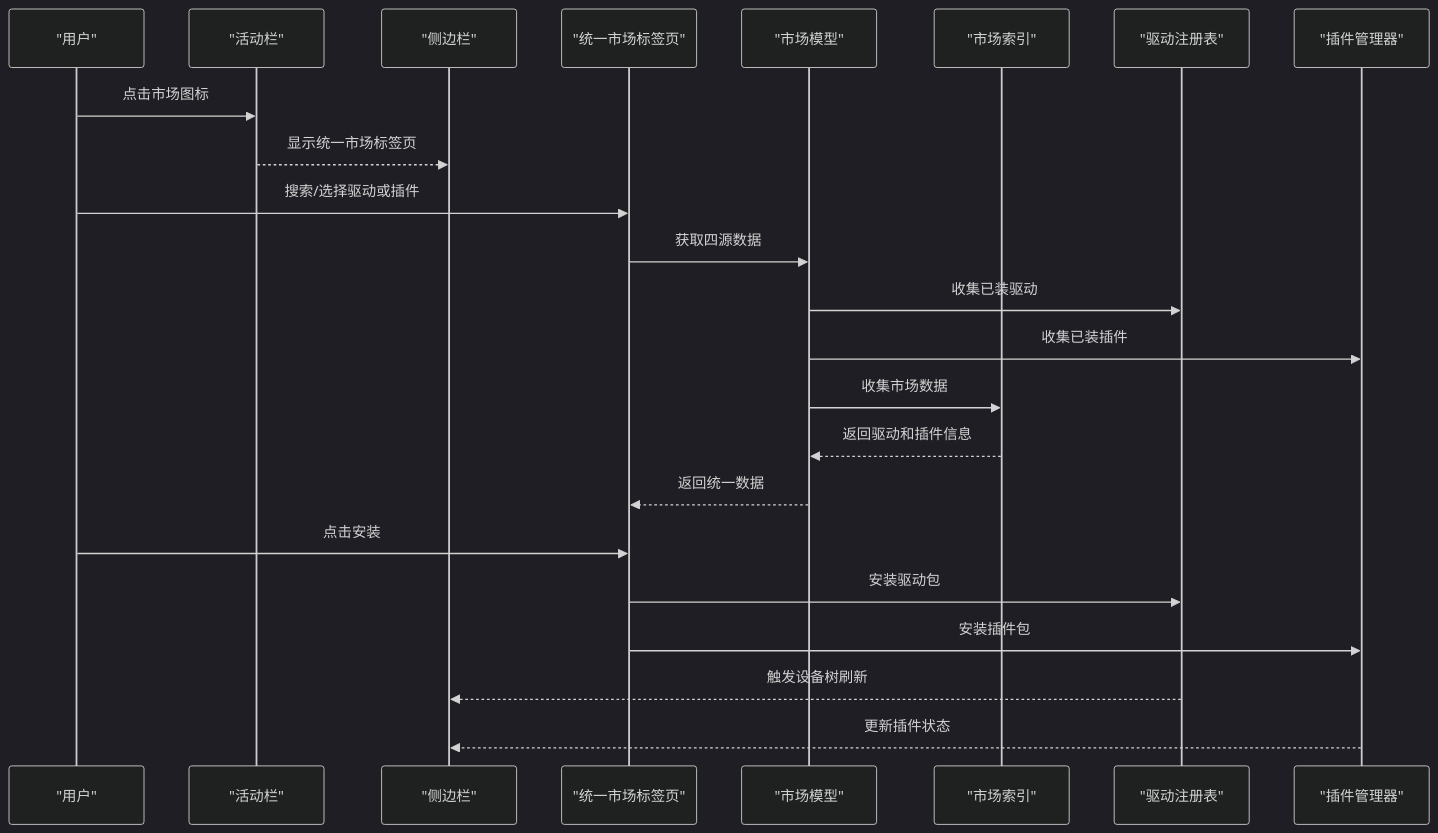
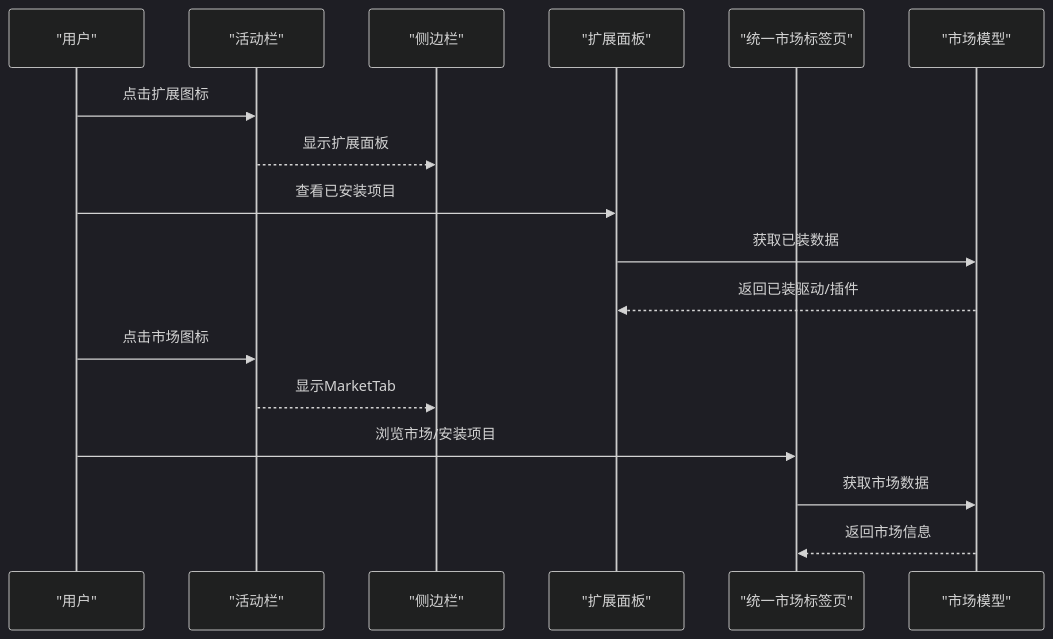
Before and after one commit to jakecai1225-design/OpenBus: the second of 13 diagrams in .qoder/repowiki/zh/content/架构设计/插件系统架构/扩展面板系统.md, drawn with Mermaid (dark theme). The commit also changed other lines of this file and 92 other files, not shown here.

````diff
--- a/.qoder/repowiki/zh/content/架构设计/插件系统架构/扩展面板系统.md
+++ b/.qoder/repowiki/zh/content/架构设计/插件系统架构/扩展面板系统.md
@@ -159,25 +160,19 @@
 ```mermaid
 sequenceDiagram
 participant U as "用户"
 participant AB as "活动栏"
 participant SB as "侧边栏"
+participant EP as "扩展面板"
 participant MT as "统一市场标签页"
 participant MM as "市场模型"
-participant MI as "市场索引"
-participant DR as "驱动注册表"
-participant PM as "插件管理器"
+U->>AB : 点击扩展图标
+AB-->>SB : 显示扩展面板
+U->>EP : 查看已安装项目
+EP->>MM : 获取已装数据
+MM-->>EP : 返回已装驱动/插件
 U->>AB : 点击市场图标
-AB-->>SB : 显示统一市场标签页
-U->>MT : 搜索/选择驱动或插件
-MT->>MM : 获取四源数据
-MM->>DR : 收集已装驱动
-MM->>PM : 收集已装插件
-MM->>MI : 收集市场数据
-MI-->>MM : 返回驱动和插件信息
-MM-->>MT : 返回统一数据
-U->>MT : 点击安装
-MT->>DR : 安装驱动包
-MT->>PM : 安装插件包
-DR-->>SB : 触发设备树刷新
-PM-->>SB : 更新插件状态
+AB-->>SB : 显示MarketTab
+U->>MT : 浏览市场/安装项目
+MT->>MM : 获取市场数据
+MM-->>MT : 返回市场信息
 ```
````
